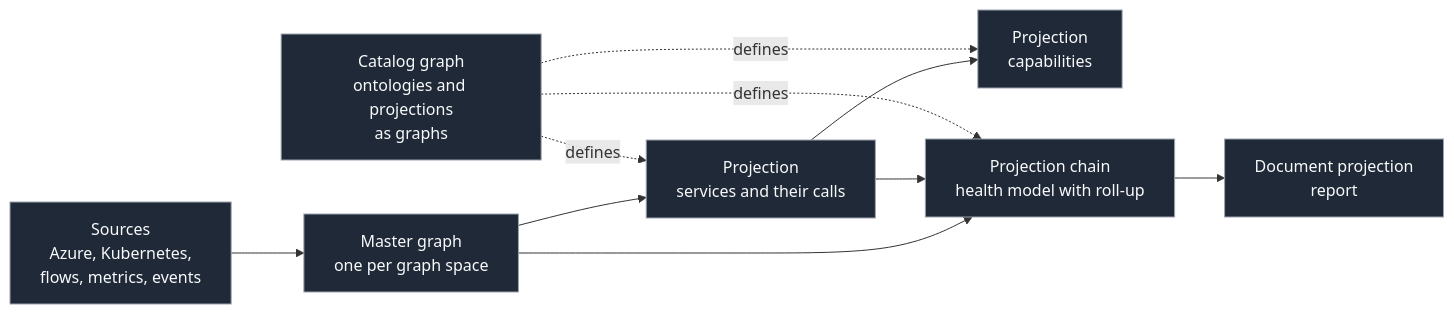
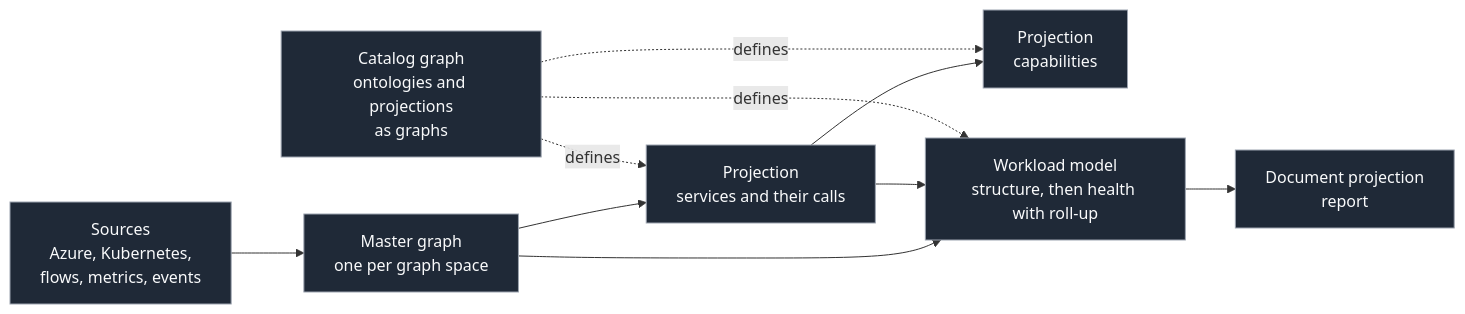
One commit to abossard/sattle changed the diagram in README.md. Above: the diagram before and after it, drawn with Mermaid. The commit also changed other lines of this file and 11 other files, not shown here.

Commit message:
README: portfolio on the workload model, screenshots retaken on the synthetic estate

````diff
--- a/README.md
+++ b/README.md
@@ -30,14 +30,14 @@
 ```mermaid
 flowchart LR
   S["Sources<br/>Azure, Kubernetes,<br/>flows, metrics, events"] --> M["Master graph<br/>one per graph space"]
   M --> P1["Projection<br/>services and their calls"]
   P1 --> P2["Projection<br/>capabilities"]
-  M --> H["Projection chain<br/>health model with roll-up"]
+  M --> H["Workload model<br/>structure, then health with roll-up"]
   P1 --> H
   H --> D["Document projection<br/>report"]
   C["Catalog graph<br/>ontologies and projections<br/>as graphs"] -.defines.-> P1
   C -.defines.-> P2
   C -.defines.-> H
   classDef box fill:#1f2937,stroke:#9ca3af,color:#f9fafb;
   class S,M,P1,P2,H,D,C box;
 ```
````
